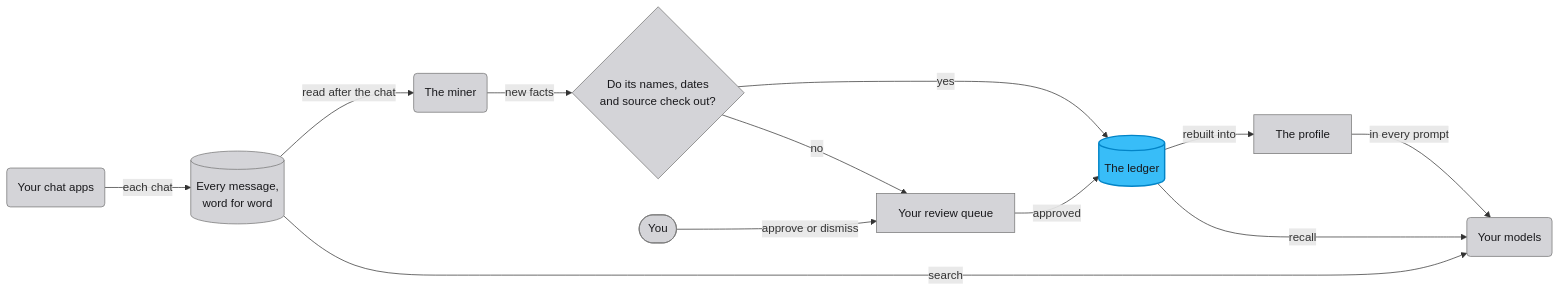
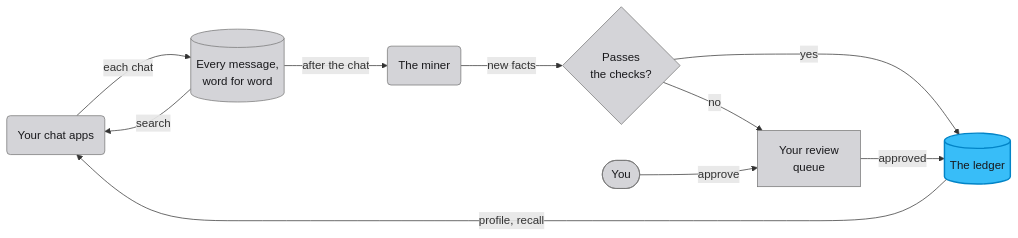
One commit to shawn-durrani/membro changed the diagram in README.md. Above: the diagram before and after it, drawn with Mermaid.

Commit message:
README diagram: fewer ranks so it reads at page width (#173)

````diff
--- a/README.md
+++ b/README.md
@@ -12,27 +12,23 @@
 ```mermaid
 flowchart LR
   A("Your chat apps")
   R[("Every message,<br/>word for word")]
   M("The miner")
-  C{"Do its names, dates<br/>and source check out?"}
+  C{"Passes<br/>the checks?"}
   L[("The ledger")]
-  Q["Your review queue"]
+  Q["Your review<br/>queue"]
   Y(["You"])
-  P["The profile"]
-  S("Your models")
   A -- "each chat" --> R
-  R -- "read after the chat" --> M
+  R -- "after the chat" --> M
   M -- "new facts" --> C
   C -- "yes" --> L
   C -- "no" --> Q
-  Y -- "approve or dismiss" --> Q
+  Y -- "approve" --> Q
   Q -- "approved" --> L
-  L -- "rebuilt into" --> P
-  P -- "in every prompt" --> S
-  L -- "recall" --> S
-  R -- "search" --> S
+  L -- "profile, recall" --> A
+  R -- "search" --> A
   classDef node fill:#d4d4d8,stroke:#757575,color:#18181b
   classDef hero fill:#38bdf8,stroke:#0284c7,color:#18181b,stroke-width:2px
-  class A,R,M,C,Q,Y,P,S node
+  class A,R,M,C,Q,Y node
   class L hero
 ```
````
